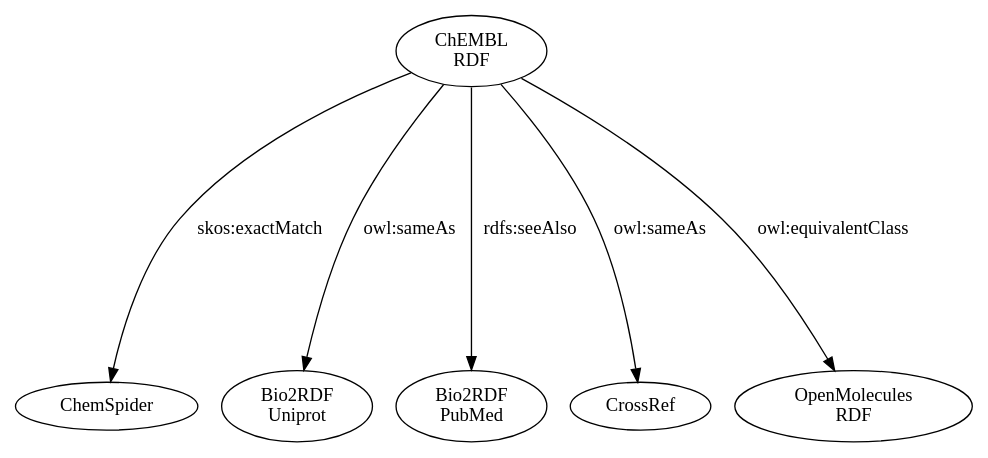
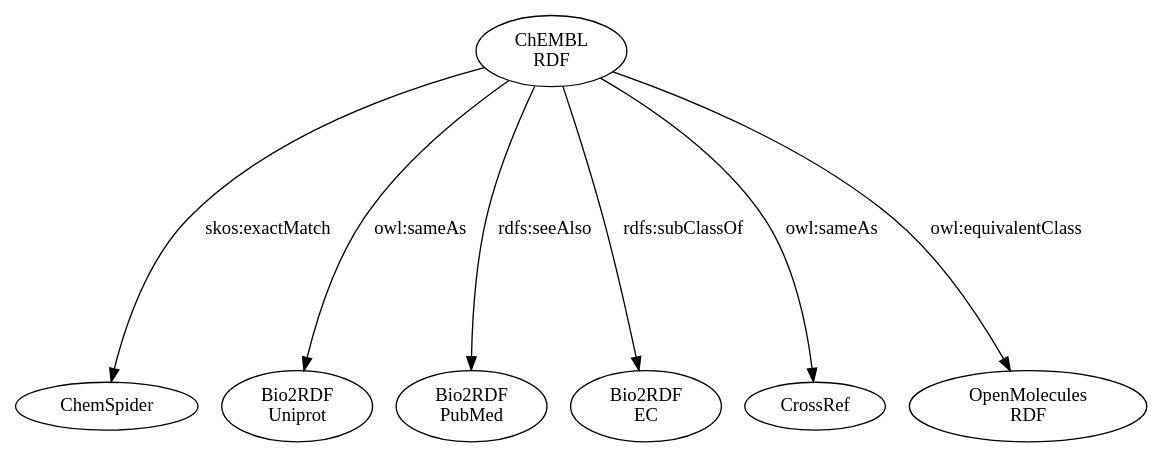
The diagram in figs/lodgraph.dot (egonw/chembl-rdf-paper), drawn with Graphviz before and after one commit. The commit also changed 1 other file, not shown here.

Commit message:
Fixed the link to Bio2RDF EC numbers: that is not an equivalence relationship, but a classification

```diff
--- a/figs/lodgraph.dot
+++ b/figs/lodgraph.dot
@@ -1,21 +1,23 @@
 
 digraph G {
 
   root = chembl ;
   overlap = false ;
   ranksep = 2.75 ;
 
   chembl [label="ChEMBL\nRDF"];
   chemspider [label="ChemSpider"];
   bio2rdfuniprot [label="Bio2RDF\nUniprot"];
   bio2rdfpubmed [label="Bio2RDF\nPubMed"];
+  bio2rdfec [label="Bio2RDF\nEC"];
   crossref [label="CrossRef"];
   ron [label="OpenMolecules\nRDF"];
 
   chembl -> chemspider [label="skos:exactMatch"];
   chembl -> bio2rdfuniprot [label="owl:sameAs"];
   chembl -> bio2rdfpubmed [label="rdfs:seeAlso"];
+  chembl -> bio2rdfec [label="rdfs:subClassOf"];
   chembl -> crossref [label="owl:sameAs"];
   chembl -> ron [label="owl:equivalentClass"];
 
 }
```
